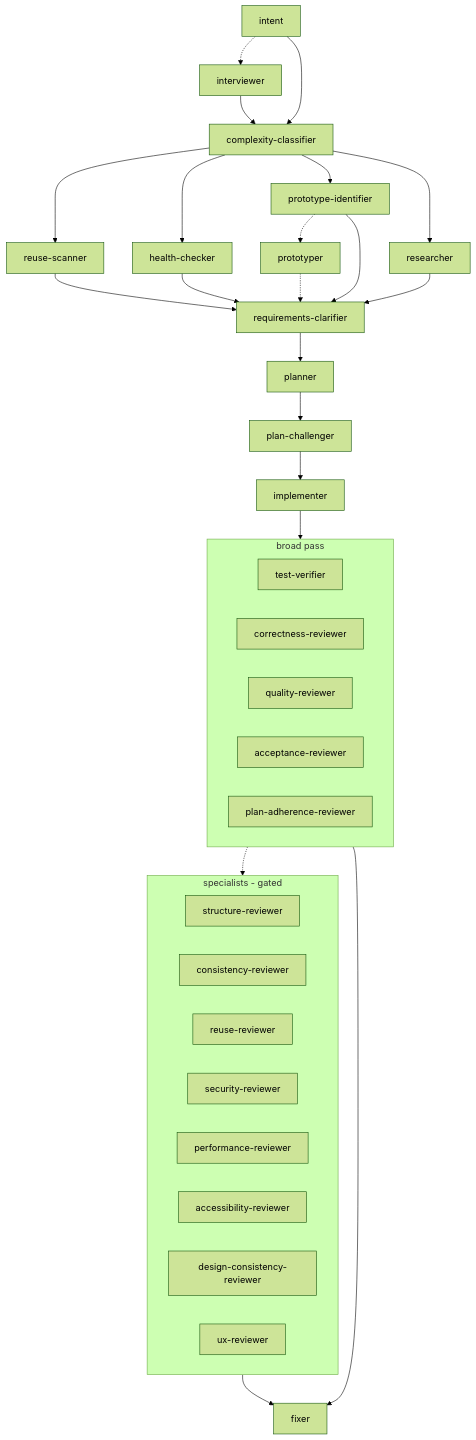
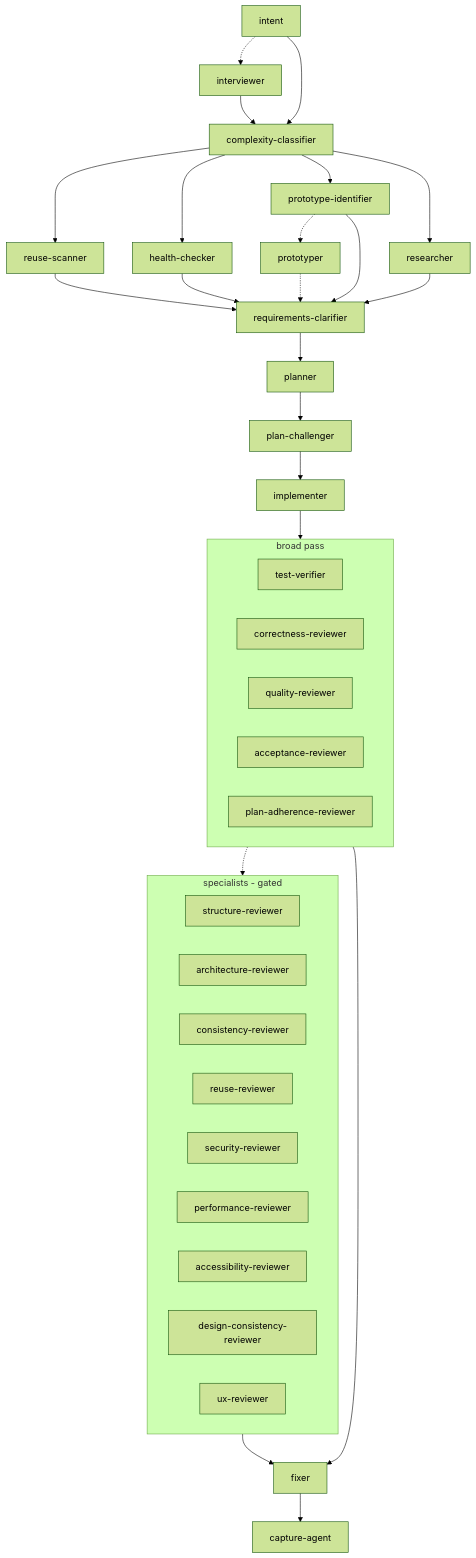
One commit to alp82/alp-river changed the third of 4 diagrams in README.md. Above: the diagram before and after it, drawn with Mermaid (forest theme). The commit also changed other lines of this file and 24 other files, not shown here.

First line of the commit message:
Add architecture-reviewer agent and refine existing agents

````diff
--- a/README.md
+++ b/README.md
@@ -112,36 +115,38 @@
 ```mermaid
 flowchart TB
     intent -.-> intv[interviewer]
     intent --> classify[complexity-classifier]
     intv --> classify
     classify --> reuse[reuse-scanner] & health[health-checker] & proto[prototype-identifier] & rsrch[researcher]
     proto -.-> ptype[prototyper]
     reuse & health & proto & rsrch --> clari[requirements-clarifier]
     ptype -.-> clari
     clari --> plan[planner]
     plan --> chal[plan-challenger]
     chal --> impl[implementer]
     impl --> bp
     subgraph bp[broad pass]
         direction LR
         test[test-verifier]
         correct[correctness-reviewer]
         qual[quality-reviewer]
         accept[acceptance-reviewer]
         adher[plan-adherence-reviewer]
     end
     bp -.-> sp
     subgraph sp[specialists - gated]
         direction LR
         sr[structure-reviewer]
+        ar[architecture-reviewer]
         cr[consistency-reviewer]
         rr[reuse-reviewer]
         sec[security-reviewer]
         perf[performance-reviewer]
         a11y[accessibility-reviewer]
         dc[design-consistency-reviewer]
         ux[ux-reviewer]
     end
     bp --> heal[fixer]
     sp --> heal
+    heal --> cap[capture-agent]
 ```
````
